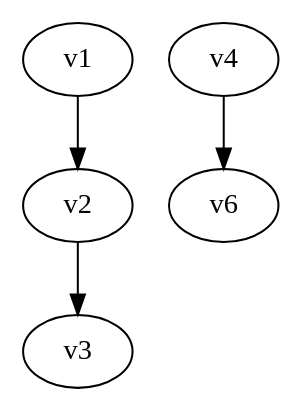
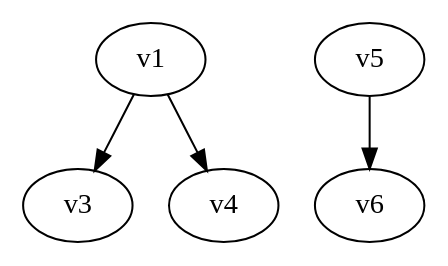
Before and after one commit to yadej/graph_project: the diagram in digraph.dot, drawn with Graphviz. The commit also changed 3 other files, not shown here.

```diff
--- a/digraph.dot
+++ b/digraph.dot
@@ -1,4 +1,5 @@
 digraph G { 
-v1 -> v2 -> v3;
-v4 -> v6;
+v1 -> v3;
+v1 -> v4;
+v5 -> v6;
 }
```
